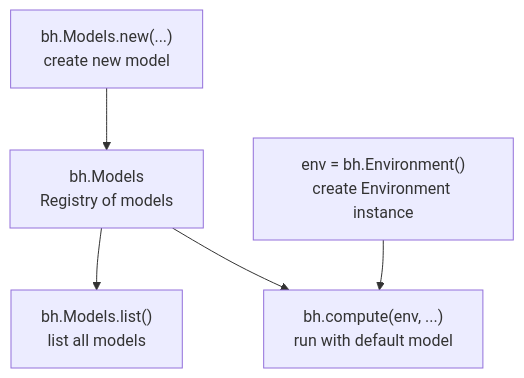
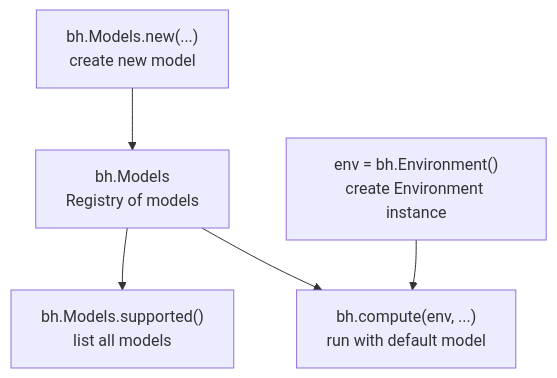
Before and after one commit to avc-adelaide/aubellhop: the diagram in docs/python/code.rst, drawn with Mermaid. The commit also changed 7 other files, not shown here.

Commit message:
Models.list -> Models.supported

```diff
--- a/docs/python/code.rst
+++ b/docs/python/code.rst
@@ -10,13 +10,13 @@
 .. mermaid::
 
    flowchart TD
        A["bh.Models<br/>Registry of models"]
        B["bh.Models.new(...)<br/>create new model"]
-       C["bh.Models.list()<br/>list all models"]
+       C["bh.Models.supported()<br/>list all models"]
        D["env = bh.Environment()<br/>create Environment instance"]
        E["bh.compute(env, ...)<br/>run with default model"]
 
        B --> A
        A --> C
        D --> E
        A --> E
```
